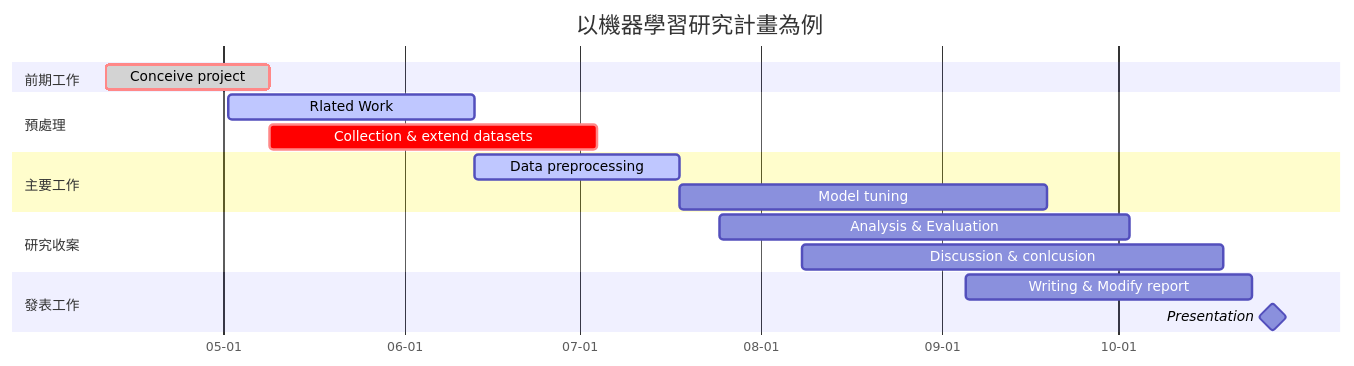
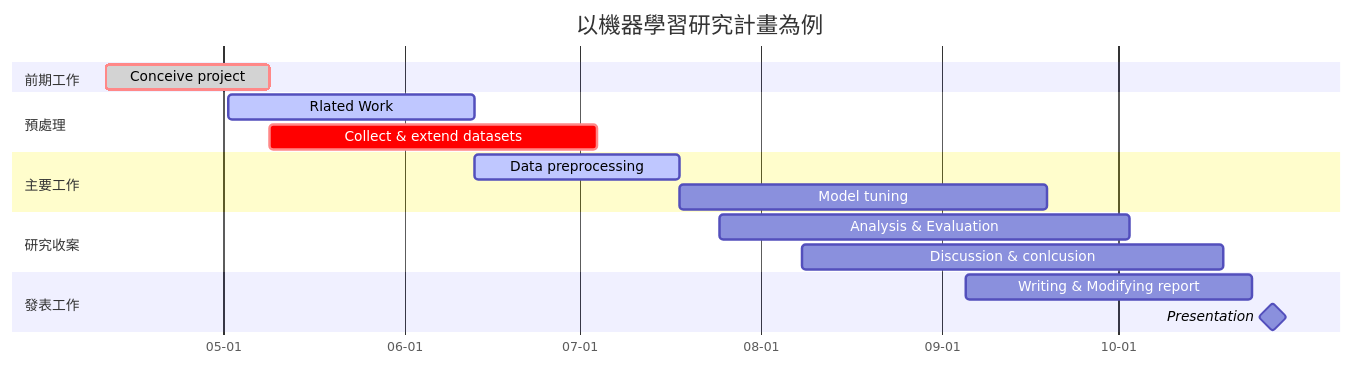
The first of 6 diagrams in README.md (WHY-Hugo/AHSNCCUcsc), drawn with Mermaid before and after one commit. The commit also changed other lines of this file, not shown here.

````diff
--- a/README.md
+++ b/README.md
@@ -11,33 +11,33 @@
 ```mermaid
 gantt
 %% 宣告圖表樣式gantt
     title 以機器學習研究計畫為例
 		%% 圖表標題
     dateFormat  MM-DD
 		%% 日期格式
 		axisFormat  %m-%d
 		%% 縱軸的日期格式
 		
 		section 前期工作
 		%% 宣告一個區塊
 		    Conceive project : crit, done, plan, 04-11, 28d
 			%%語法：
 			%%甘特圖上的任務名稱 : [crit], [active|done], 任務名稱, [日期|after 任務名稱], 長度
 
 		
         section 預處理
             Rlated Work  :active,bb, 05-02, 42d
-            Collection & extend datasets  : crit ,b2, 05-09, 56d
+            Collect & extend datasets  : crit ,b2, 05-09, 56d
     
 		section 主要工作
             Data preprocessing: active, dp, 06-13  , 35d
             Model tuning: implement, after dp, 63d
 
 		section 研究收案
 			Analysis & Evaluation: copyright, 07-25, 70d
             Discussion & conlcusion: dc, 08-08, 72d
 			
         section 發表工作
-            Writing & Modify report: wm, 09-05, 49d
+            Writing & Modifying report: wm, 09-05, 49d
             Presentation: milestone, after wm, 7d
 ```
````
